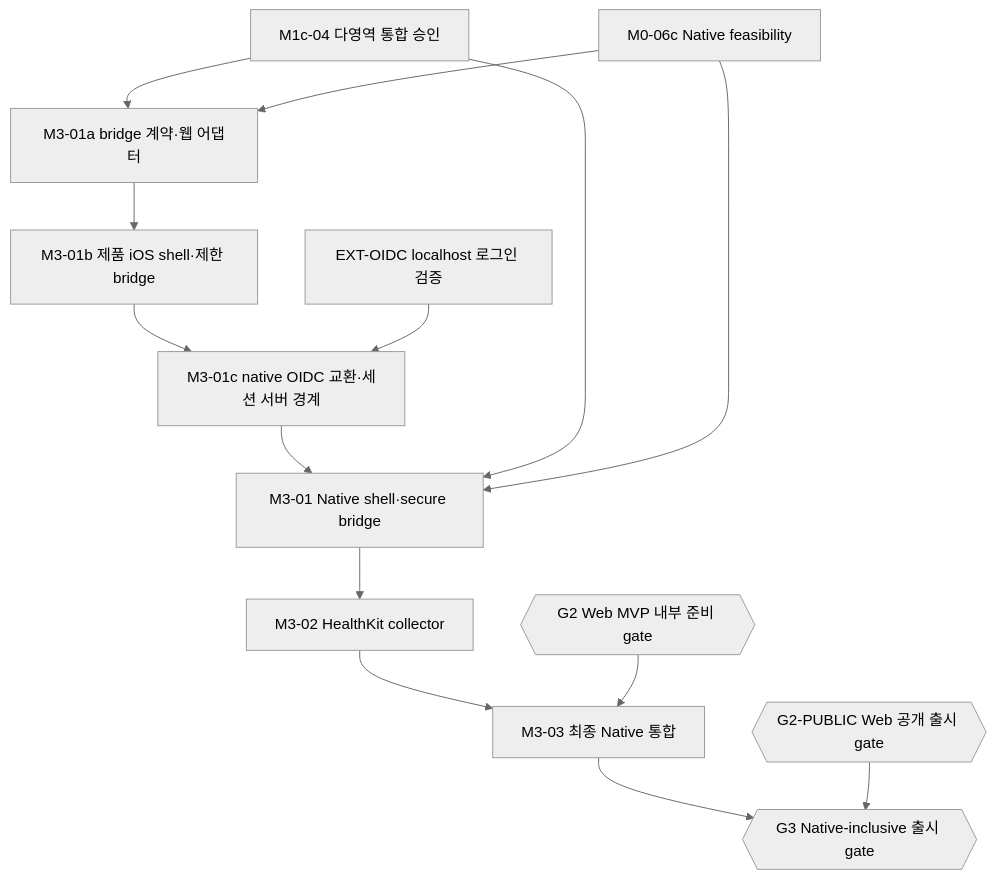
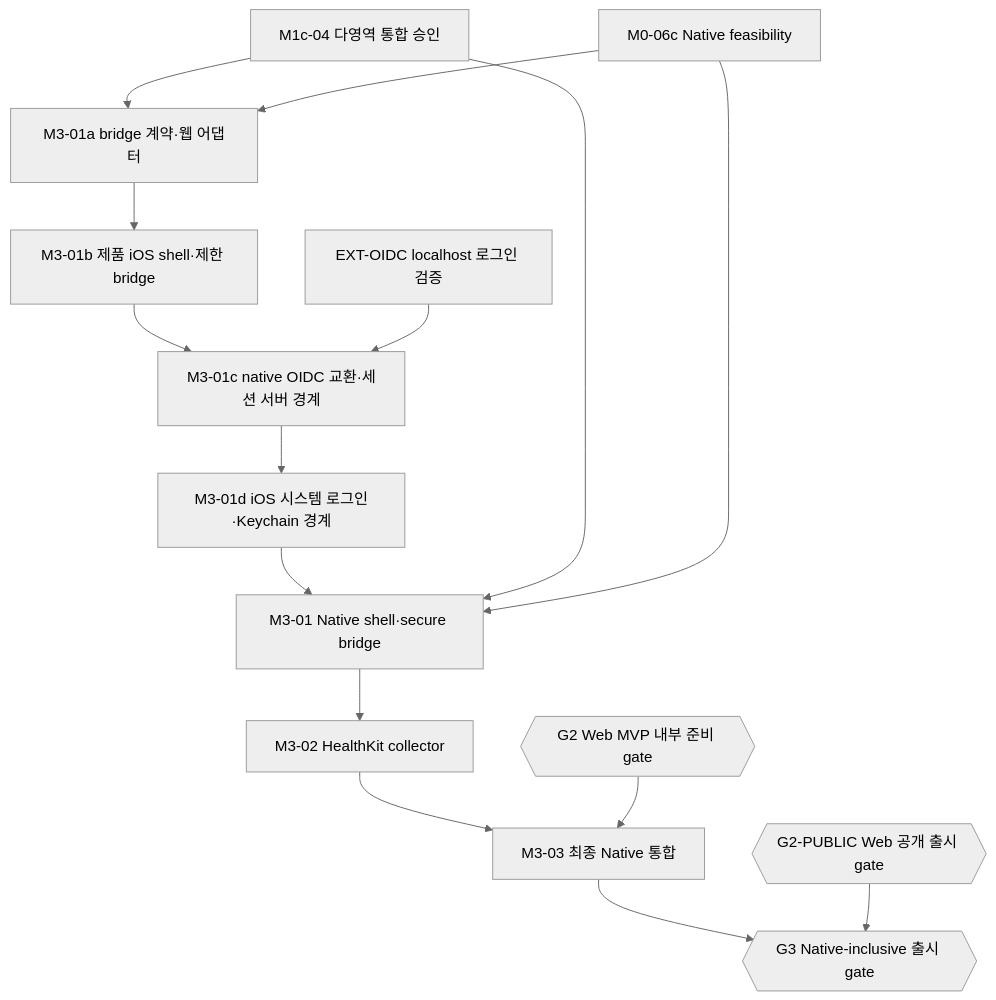
Before and after one commit to peacecheejecake/workout-manager: the third of 3 diagrams in docs/implementation/task-graph.md, drawn with Mermaid (neutral theme). The commit also changed other lines of this file and 11 other files, not shown here.

````diff
--- a/docs/implementation/task-graph.md
+++ b/docs/implementation/task-graph.md
@@ -524,28 +524,30 @@
 ```mermaid
 flowchart TD
     task8["M0-06c Native feasibility"]
     task25["M1c-04 다영역 통합 승인"]
     task33{{"G2 Web MVP 내부 준비 gate"}}
     publicGate{{"G2-PUBLIC Web 공개 출시 gate"}}
     task34["M3-01 Native shell·secure bridge"]
     task34a["M3-01a bridge 계약·웹 어댑터"]
     task34b["M3-01b 제품 iOS shell·제한 bridge"]
     task34c["M3-01c native OIDC 교환·세션 서버 경계"]
+    task34d["M3-01d iOS 시스템 로그인·Keychain 경계"]
     oidc["EXT-OIDC localhost 로그인 검증"]
     task35["M3-02 HealthKit collector"]
     task36["M3-03 최종 Native 통합"]
     task37{{"G3 Native-inclusive 출시 gate"}}
     task25 --> task34a
     task8 --> task34a
     task34a --> task34b
     task34b --> task34c
     oidc --> task34c
-    task34c --> task34
+    task34c --> task34d
+    task34d --> task34
     task25 --> task34
     task8 --> task34
     task34 --> task35
     task35 --> task36
     task33 --> task36
     task36 --> task37
     publicGate --> task37
 ```
````
